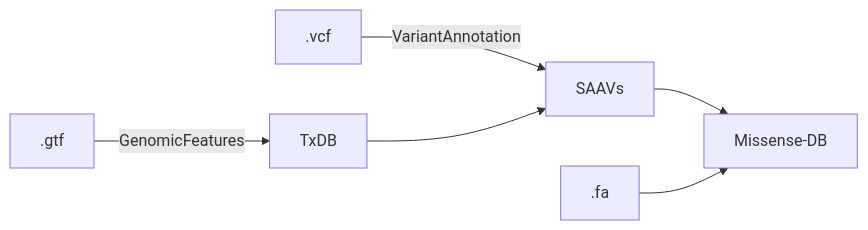
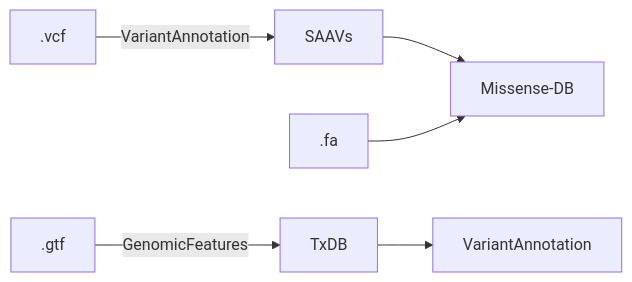
One commit to hdesai17/chemoproteogenomics changed the diagram in README.md. Above: the diagram before and after it, drawn with Mermaid.

````diff
--- a/README.md
+++ b/README.md
@@ -19,8 +19,8 @@
 ```mermaid
 flowchart LR;
    .vcf-->|VariantAnnotation|SAAVs;
-   TxDB -->SAAVs;
+   TxDB -->VariantAnnotation;
    .gtf-->|GenomicFeatures|TxDB;
    SAAVs-->Missense-DB;
    .fa-->Missense-DB;
 ```
````
